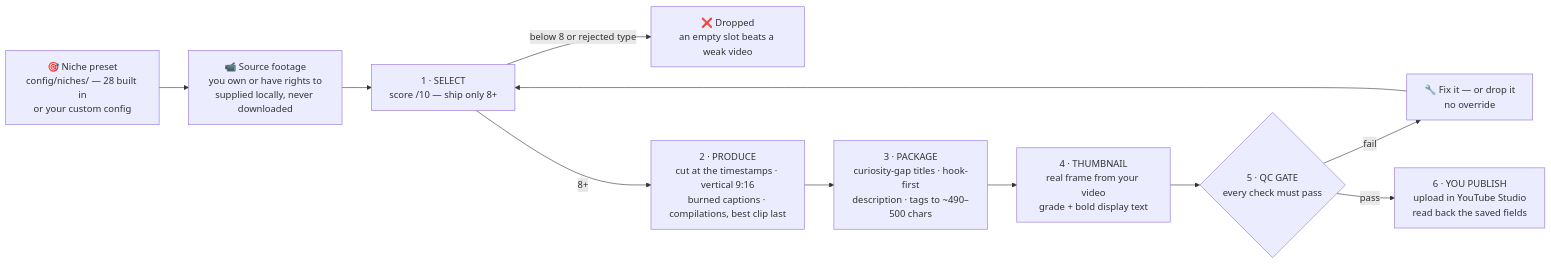
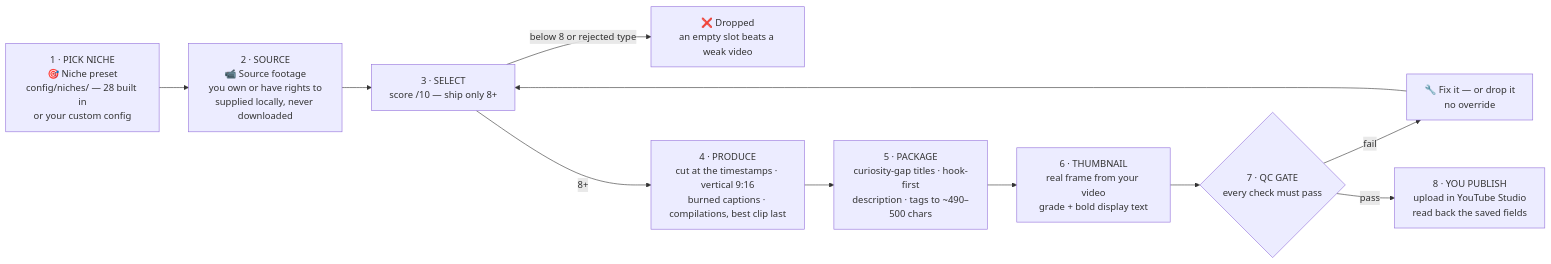
One commit to EdgeAgent/youtube-automation-claude changed the diagram in README.md. Above: the diagram before and after it, drawn with Mermaid. The commit also changed other lines of this file and 2 other files, not shown here.

Commit message:
Align stage numbering to the full 8-step pipeline (pick niche, source, select, produce, package, thumbnail, QC, publish) across README, SKILL.md, INSTALL.md

````diff
--- a/README.md
+++ b/README.md
@@ -76,13 +76,13 @@
 ```mermaid
 flowchart LR
-    A["🎯 Niche preset<br/>config/niches/ — 28 built in<br/>or your custom config"] --> B["📹 Source footage<br/>you own or have rights to<br/>supplied locally, never downloaded"]
-    B --> C["1 · SELECT<br/>score /10 — ship only 8+"]
+    A["1 · PICK NICHE<br/>🎯 Niche preset<br/>config/niches/ — 28 built in<br/>or your custom config"] --> B["2 · SOURCE<br/>📹 Source footage<br/>you own or have rights to<br/>supplied locally, never downloaded"]
+    B --> C["3 · SELECT<br/>score /10 — ship only 8+"]
     C -->|below 8 or rejected type| X["❌ Dropped<br/>an empty slot beats a weak video"]
-    C -->|8+| P["2 · PRODUCE<br/>cut at the timestamps · vertical 9:16<br/>burned captions · compilations, best clip last"]
-    P --> D["3 · PACKAGE<br/>curiosity-gap titles · hook-first<br/>description · tags to ~490–500 chars"]
-    D --> E["4 · THUMBNAIL<br/>real frame from your video<br/>grade + bold display text"]
-    E --> F{"5 · QC GATE<br/>every check must pass"}
+    C -->|8+| P["4 · PRODUCE<br/>cut at the timestamps · vertical 9:16<br/>burned captions · compilations, best clip last"]
+    P --> D["5 · PACKAGE<br/>curiosity-gap titles · hook-first<br/>description · tags to ~490–500 chars"]
+    D --> E["6 · THUMBNAIL<br/>real frame from your video<br/>grade + bold display text"]
+    E --> F{"7 · QC GATE<br/>every check must pass"}
     F -->|fail| G["🔧 Fix it — or drop it<br/>no override"]
     G --> C
-    F -->|pass| H["6 · YOU PUBLISH<br/>upload in YouTube Studio<br/>read back the saved fields"]
+    F -->|pass| H["8 · YOU PUBLISH<br/>upload in YouTube Studio<br/>read back the saved fields"]
 ```
````
